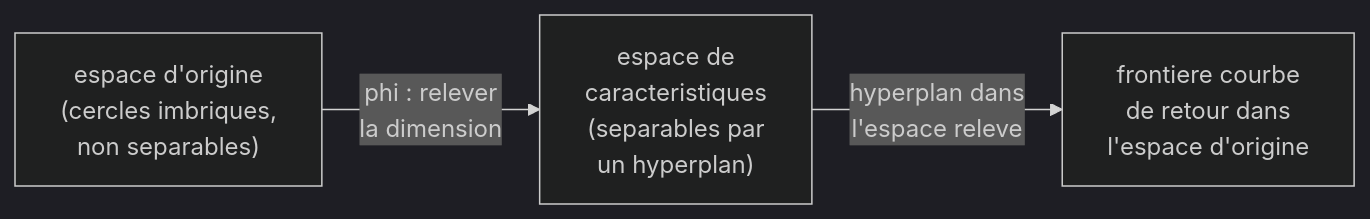
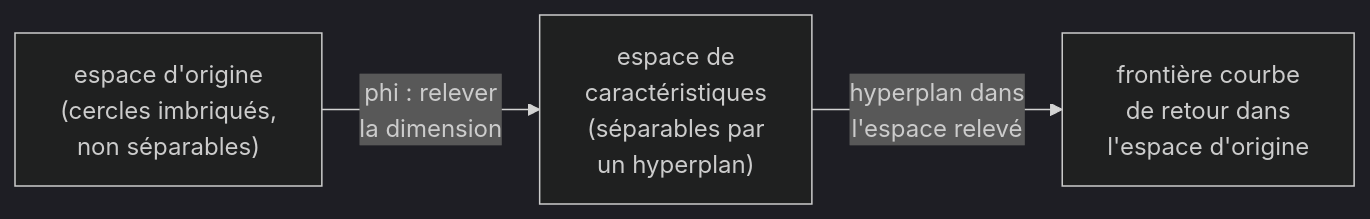
Before and after one commit to tanguychenier/Mathematiques-pour-le-Machine-Learning: the third of 4 diagrams in chapitres/12-classification-svm.md, drawn with Mermaid (dark theme). The commit also changed other lines of this file and 14 other files, not shown here.

Commit message:
docs: review tone and accents, explain terms, drop em-dashes, add three diagrams

````diff
--- a/chapitres/12-classification-svm.md
+++ b/chapitres/12-classification-svm.md
@@ -362,5 +362,5 @@
 ```mermaid
 graph LR
-    A["espace d'origine<br/>(cercles imbriques,<br/>non separables)"] -->|"phi : relever<br/>la dimension"| B["espace de<br/>caracteristiques<br/>(separables par<br/>un hyperplan)"]
-    B -->|"hyperplan dans<br/>l'espace releve"| C["frontiere courbe<br/>de retour dans<br/>l'espace d'origine"]
+    A["espace d'origine<br/>(cercles imbriqués,<br/>non séparables)"] -->|"phi : relever<br/>la dimension"| B["espace de<br/>caractéristiques<br/>(séparables par<br/>un hyperplan)"]
+    B -->|"hyperplan dans<br/>l'espace relevé"| C["frontière courbe<br/>de retour dans<br/>l'espace d'origine"]
 ```
````
